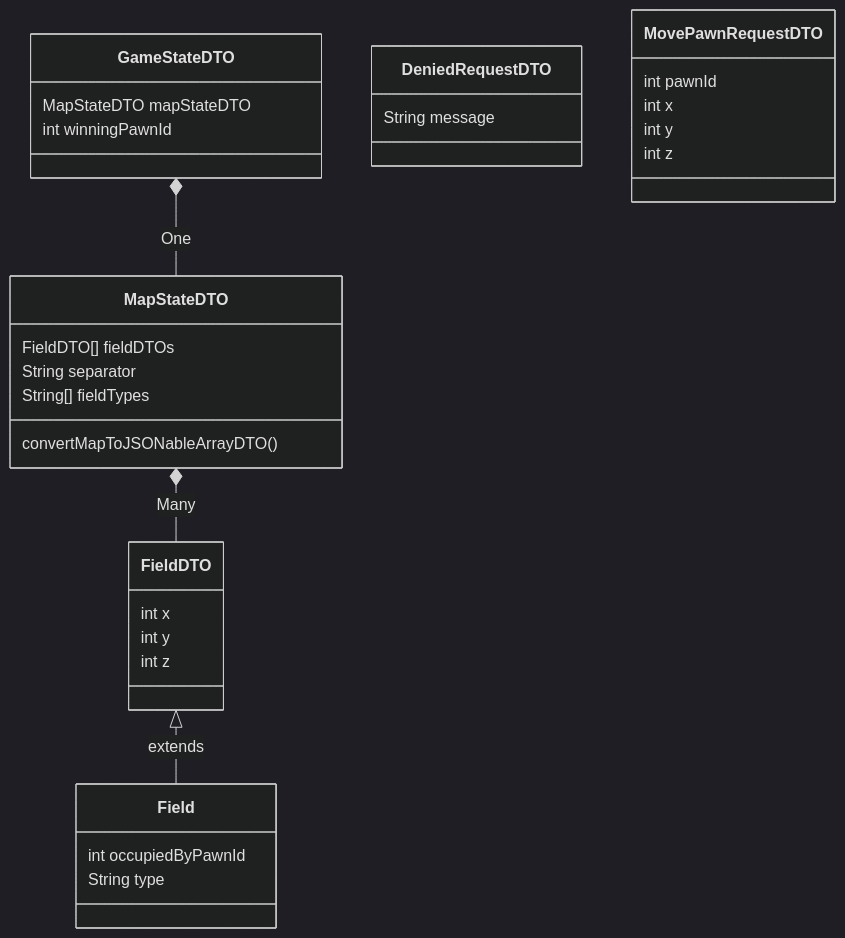
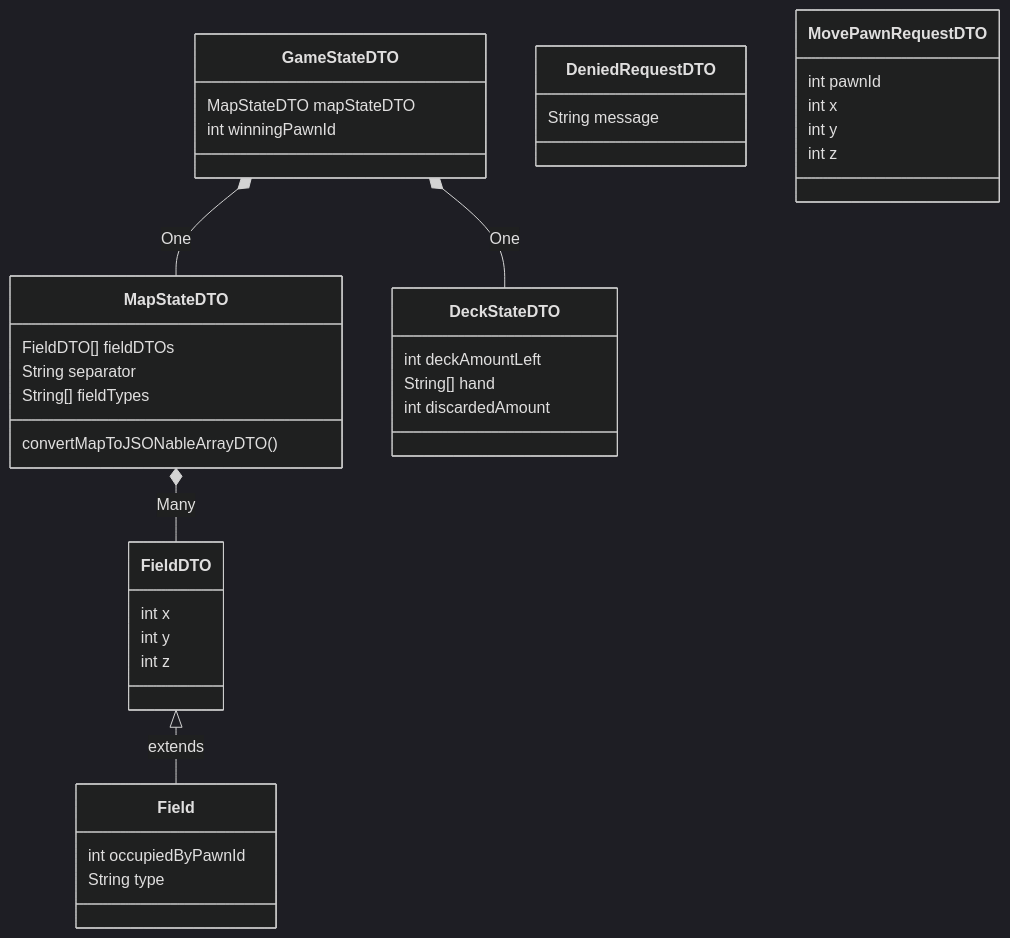
The eighth of 9 diagrams in ARCHITECTURE.md (stijnlinderman/eldorado), drawn with Mermaid (dark theme) before and after one commit.

````diff
--- a/ARCHITECTURE.md
+++ b/ARCHITECTURE.md
@@ -194,24 +194,28 @@
 ```mermaid
 classDiagram
 	GameStateDTO *-- MapStateDTO : One
+	GameStateDTO *-- DeckStateDTO : One
 	GameStateDTO : MapStateDTO mapStateDTO
 	GameStateDTO : int winningPawnId
 	MapStateDTO *-- FieldDTO : Many
 	MapStateDTO : FieldDTO[] fieldDTOs
 	MapStateDTO : String separator
 	MapStateDTO : String[] fieldTypes
 	MapStateDTO : convertMapToJSONableArrayDTO()
 	FieldDTO : int x
 	FieldDTO : int y
 	FieldDTO : int z
 	FieldDTO <|-- Field : extends
+	DeckStateDTO : int deckAmountLeft
+	DeckStateDTO : String[] hand
+	DeckStateDTO : int discardedAmount
 	Field : int occupiedByPawnId
 	Field : String type
 	class DeniedRequestDTO
 	DeniedRequestDTO : String message
 	class MovePawnRequestDTO
 	MovePawnRequestDTO : int pawnId
 	MovePawnRequestDTO : int x
 	MovePawnRequestDTO : int y
 	MovePawnRequestDTO : int z
 ```
````
